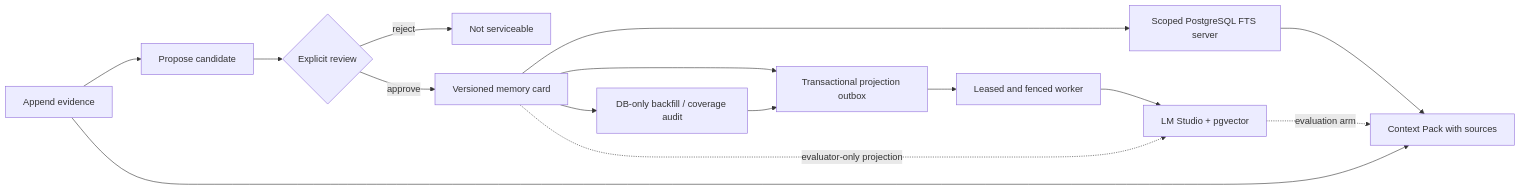
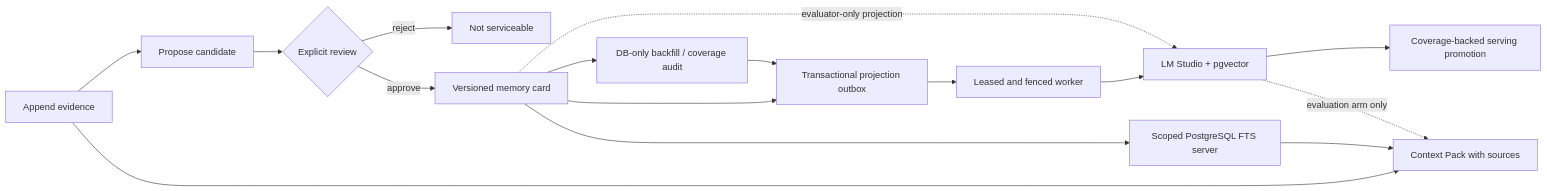
One commit to ksana-ai/agent-memory-system changed the diagram in README.md. Above: the diagram before and after it, drawn with Mermaid. The commit also changed other lines of this file and 20 other files, not shown here.

Commit message:
feat: add atomic serving projection promotion

````diff
--- a/README.md
+++ b/README.md
@@ -11,17 +11,18 @@
 ```mermaid
 flowchart LR
     E[Append evidence] --> C[Propose candidate]
     C --> R{Explicit review}
     R -->|reject| X[Not serviceable]
     R -->|approve| M[Versioned memory card]
     M --> S[Scoped PostgreSQL FTS server]
     M --> O[Transactional projection outbox]
     M --> B[DB-only backfill / coverage audit]
     B --> O
     O --> W[Leased and fenced worker]
     W --> V[LM Studio + pgvector]
+    V --> G[Coverage-backed serving promotion]
     M -. evaluator-only projection .-> V
     E --> P[Context Pack with sources]
     S --> P
-    V -. evaluation arm .-> P
+    V -. evaluation arm only .-> P
 ```
````
